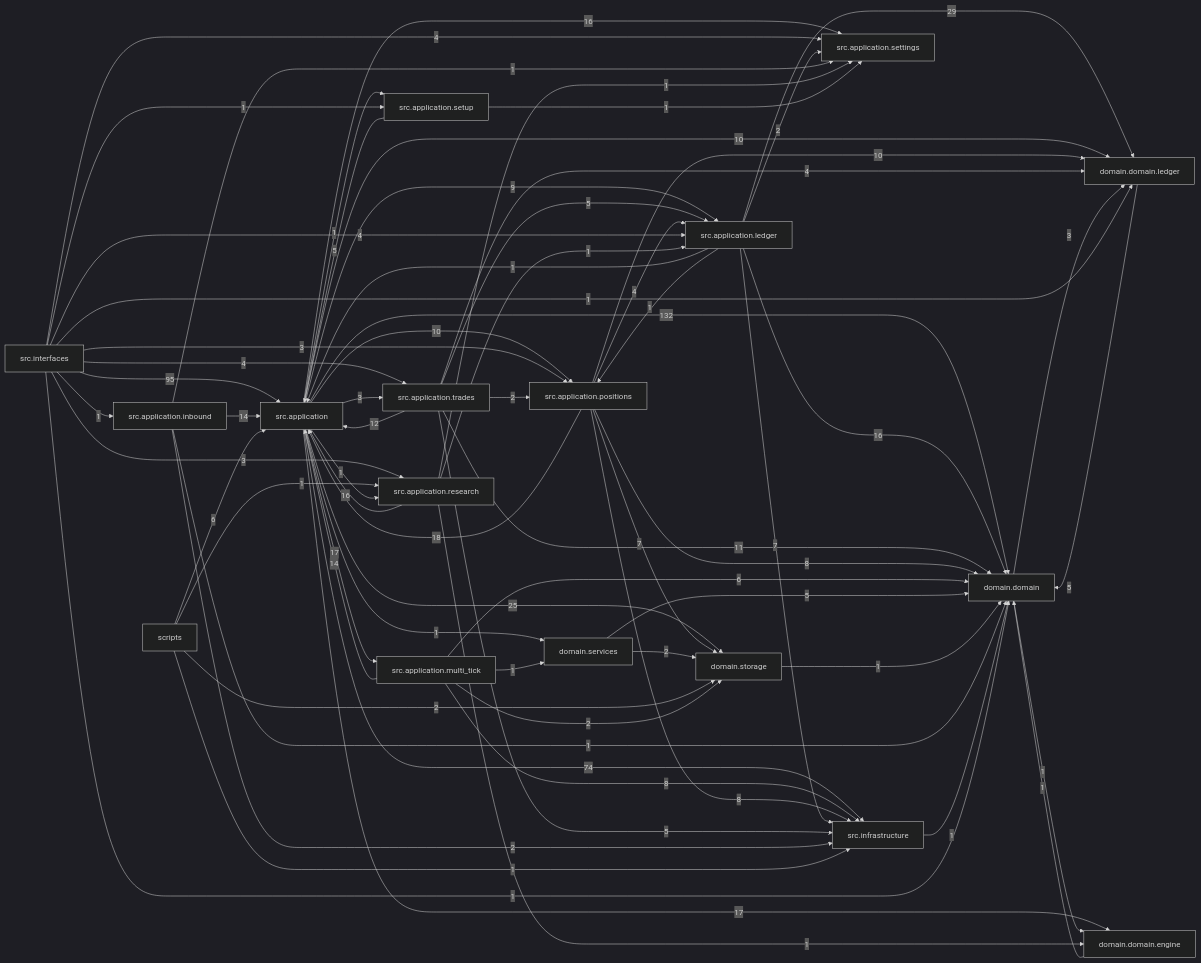
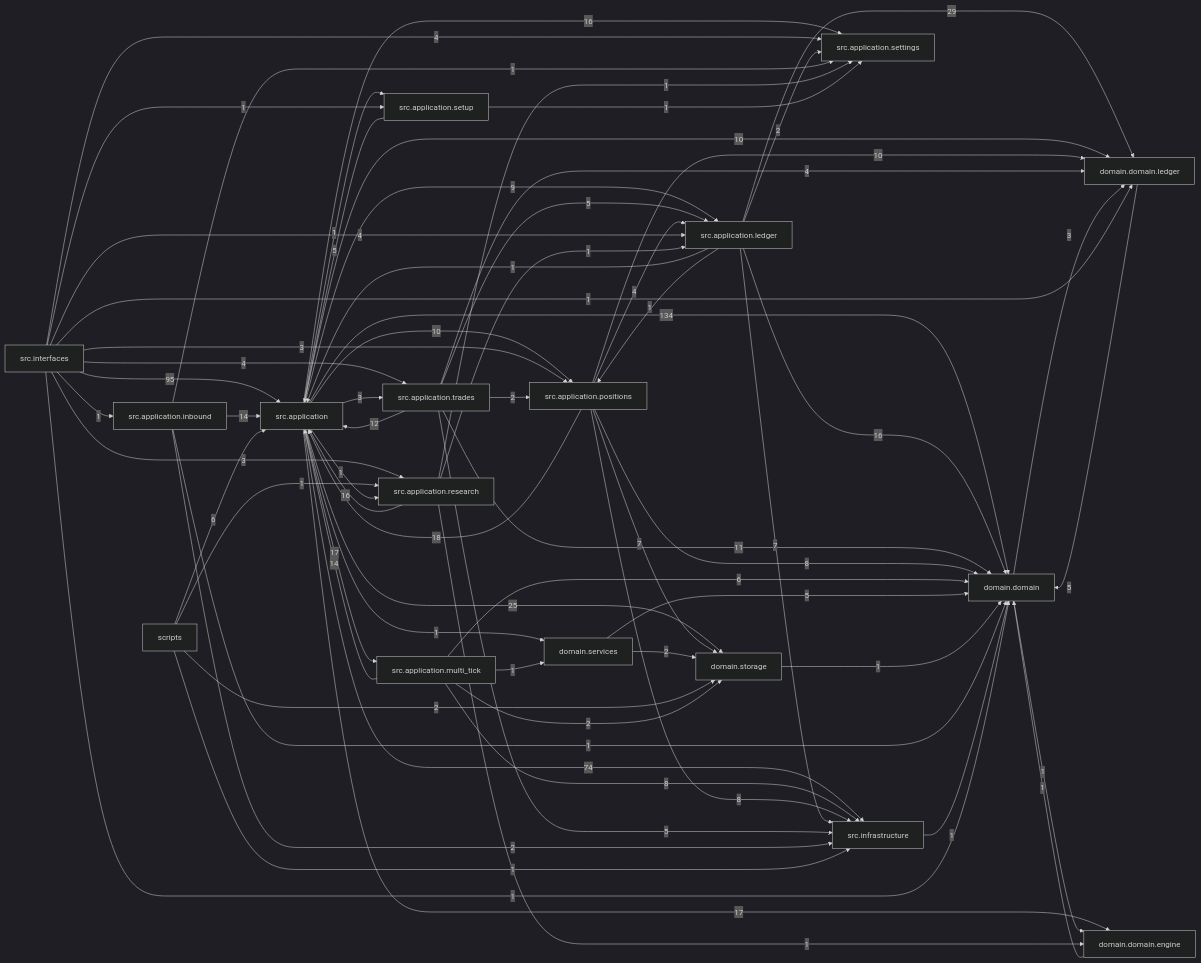
One commit to liuxie066/options-monitor changed the diagram in docs/dependency_graph.mmd. Above: the diagram before and after it, drawn with Mermaid (dark theme). The commit also changed 16 other files, not shown here.

```diff
--- a/docs/dependency_graph.mmd
+++ b/docs/dependency_graph.mmd
@@ -1,69 +1,69 @@
 flowchart LR
-  src_application["src.application"] -->|132| domain_domain["domain.domain"]
+  src_application["src.application"] -->|134| domain_domain["domain.domain"]
   src_interfaces["src.interfaces"] -->|95| src_application["src.application"]
   src_application["src.application"] -->|74| src_infrastructure["src.infrastructure"]
   src_application_ledger["src.application.ledger"] -->|29| domain_domain_ledger["domain.domain.ledger"]
   src_application["src.application"] -->|25| domain_storage["domain.storage"]
   src_application_positions["src.application.positions"] -->|18| src_application["src.application"]
   src_application["src.application"] -->|17| domain_domain_engine["domain.domain.engine"]
   src_application["src.application"] -->|17| src_application_multi_tick["src.application.multi_tick"]
   src_application["src.application"] -->|16| src_application_settings["src.application.settings"]
   src_application_ledger["src.application.ledger"] -->|16| domain_domain["domain.domain"]
   src_application_research["src.application.research"] -->|16| src_application["src.application"]
   src_application_inbound["src.application.inbound"] -->|14| src_application["src.application"]
   src_application_multi_tick["src.application.multi_tick"] -->|14| src_application["src.application"]
   src_application_trades["src.application.trades"] -->|12| src_application["src.application"]
   src_application_trades["src.application.trades"] -->|11| domain_domain["domain.domain"]
   src_application["src.application"] -->|10| domain_domain_ledger["domain.domain.ledger"]
   src_application["src.application"] -->|10| src_application_positions["src.application.positions"]
   src_application_positions["src.application.positions"] -->|10| domain_domain_ledger["domain.domain.ledger"]
   src_application["src.application"] -->|9| src_application_ledger["src.application.ledger"]
   src_application_multi_tick["src.application.multi_tick"] -->|8| src_infrastructure["src.infrastructure"]
   src_application_positions["src.application.positions"] -->|8| domain_domain["domain.domain"]
   src_application_positions["src.application.positions"] -->|8| src_infrastructure["src.infrastructure"]
   src_application_ledger["src.application.ledger"] -->|7| src_infrastructure["src.infrastructure"]
   src_application_positions["src.application.positions"] -->|7| domain_storage["domain.storage"]
   scripts["scripts"] -->|6| src_application["src.application"]
   src_application_multi_tick["src.application.multi_tick"] -->|6| domain_domain["domain.domain"]
   domain_domain_ledger["domain.domain.ledger"] -->|5| domain_domain["domain.domain"]
   domain_services["domain.services"] -->|5| domain_domain["domain.domain"]
   src_application_setup["src.application.setup"] -->|5| src_application["src.application"]
   src_application_trades["src.application.trades"] -->|5| src_application_ledger["src.application.ledger"]
   src_application_trades["src.application.trades"] -->|5| src_infrastructure["src.infrastructure"]
   src_application_positions["src.application.positions"] -->|4| src_application_ledger["src.application.ledger"]
   src_application_trades["src.application.trades"] -->|4| domain_domain_ledger["domain.domain.ledger"]
   src_interfaces["src.interfaces"] -->|4| src_application_ledger["src.application.ledger"]
   src_interfaces["src.interfaces"] -->|4| src_application_settings["src.application.settings"]
   src_interfaces["src.interfaces"] -->|4| src_application_trades["src.application.trades"]
   domain_domain["domain.domain"] -->|3| domain_domain_ledger["domain.domain.ledger"]
   src_application["src.application"] -->|3| src_application_trades["src.application.trades"]
   src_interfaces["src.interfaces"] -->|3| src_application_positions["src.application.positions"]
   src_interfaces["src.interfaces"] -->|3| src_application_research["src.application.research"]
   domain_services["domain.services"] -->|2| domain_storage["domain.storage"]
   scripts["scripts"] -->|2| domain_storage["domain.storage"]
   src_application_inbound["src.application.inbound"] -->|2| src_infrastructure["src.infrastructure"]
   src_application_ledger["src.application.ledger"] -->|2| src_application_settings["src.application.settings"]
   src_application_multi_tick["src.application.multi_tick"] -->|2| domain_storage["domain.storage"]
   src_application_trades["src.application.trades"] -->|2| src_application_positions["src.application.positions"]
   domain_domain["domain.domain"] -->|1| domain_domain_engine["domain.domain.engine"]
   domain_domain_engine["domain.domain.engine"] -->|1| domain_domain["domain.domain"]
   domain_storage["domain.storage"] -->|1| domain_domain["domain.domain"]
   scripts["scripts"] -->|1| src_application_research["src.application.research"]
   scripts["scripts"] -->|1| src_infrastructure["src.infrastructure"]
   src_application["src.application"] -->|1| domain_services["domain.services"]
   src_application["src.application"] -->|1| src_application_research["src.application.research"]
   src_application["src.application"] -->|1| src_application_setup["src.application.setup"]
   src_application_inbound["src.application.inbound"] -->|1| domain_domain["domain.domain"]
   src_application_inbound["src.application.inbound"] -->|1| src_application_settings["src.application.settings"]
   src_application_ledger["src.application.ledger"] -->|1| src_application["src.application"]
   src_application_ledger["src.application.ledger"] -->|1| src_application_positions["src.application.positions"]
   src_application_multi_tick["src.application.multi_tick"] -->|1| domain_services["domain.services"]
   src_application_research["src.application.research"] -->|1| domain_domain_engine["domain.domain.engine"]
   src_application_research["src.application.research"] -->|1| src_application_ledger["src.application.ledger"]
   src_application_research["src.application.research"] -->|1| src_application_settings["src.application.settings"]
   src_application_setup["src.application.setup"] -->|1| src_application_settings["src.application.settings"]
   src_infrastructure["src.infrastructure"] -->|1| domain_domain["domain.domain"]
   src_interfaces["src.interfaces"] -->|1| domain_domain["domain.domain"]
   src_interfaces["src.interfaces"] -->|1| domain_domain_ledger["domain.domain.ledger"]
   src_interfaces["src.interfaces"] -->|1| src_application_inbound["src.application.inbound"]
   src_interfaces["src.interfaces"] -->|1| src_application_setup["src.application.setup"]
```
